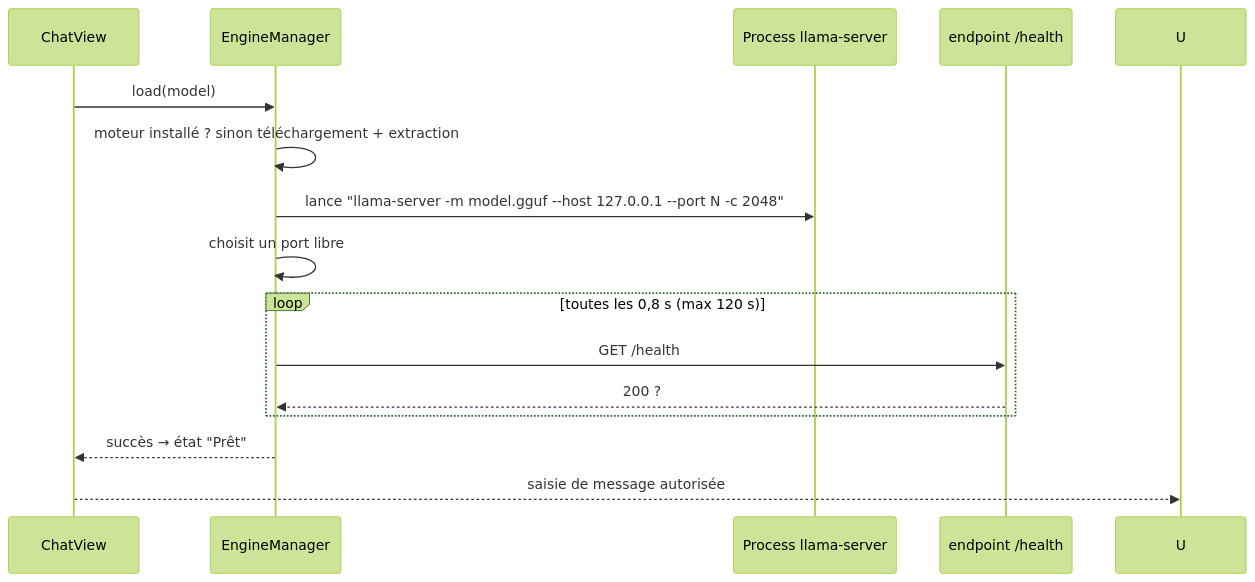
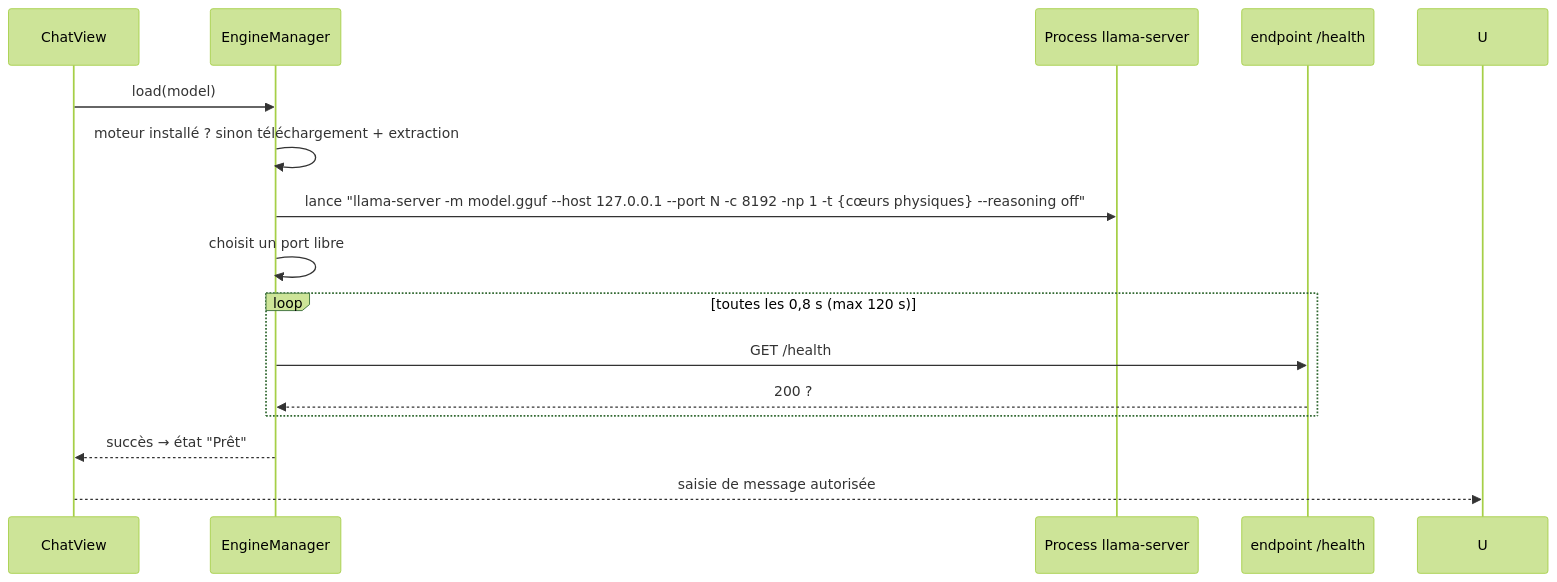
Before and after one commit to martialzinsou/KarenOs: the third of 6 diagrams in docs/DOCUMENTATION.md, drawn with Mermaid (forest theme). The commit also changed other lines of this file and 6 other files, not shown here.

````diff
--- a/docs/DOCUMENTATION.md
+++ b/docs/DOCUMENTATION.md
@@ -186,18 +186,18 @@
 ```mermaid
 sequenceDiagram
     participant V as ChatView
     participant E as EngineManager
     participant P as Process llama-server
     participant H as endpoint /health
 
     V->>E: load(model)
     E->>E: moteur installé ? sinon téléchargement + extraction
-    E->>P: lance "llama-server -m model.gguf --host 127.0.0.1 --port N -c 2048"
+    E->>P: lance "llama-server -m model.gguf --host 127.0.0.1 --port N -c 8192 -np 1 -t {cœurs physiques} --reasoning off"
     E->>E: choisit un port libre
     loop toutes les 0,8 s (max 120 s)
         E->>H: GET /health
         H-->>E: 200 ?
     end
     E-->>V: succès → état "Prêt"
     V-->>U: saisie de message autorisée
 ```
````
